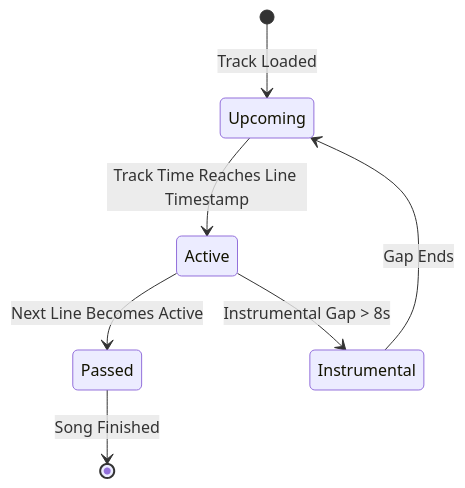
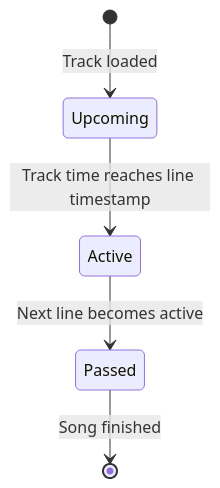
Before and after one commit to jav76/Cantus: the second of 2 diagrams in docs/user-guide/theming.md, drawn with Mermaid. The commit also changed other lines of this file and 8 other files, not shown here.

Commit message:
docs: correct architecture, theming and contributing pages against the code

````diff
--- a/docs/user-guide/theming.md
+++ b/docs/user-guide/theming.md
@@ -53,9 +53,7 @@
 ```mermaid
 stateDiagram-v2
-    [*] --> Upcoming: Track Loaded
-    Upcoming --> Active: Track Time Reaches Line Timestamp
-    Active --> Passed: Next Line Becomes Active
-    Active --> Instrumental: Instrumental Gap > 8s
-    Instrumental --> Upcoming: Gap Ends
-    Passed --> [*]: Song Finished
+    [*] --> Upcoming: Track loaded
+    Upcoming --> Active: Track time reaches line timestamp
+    Active --> Passed: Next line becomes active
+    Passed --> [*]: Song finished
 ```
````
